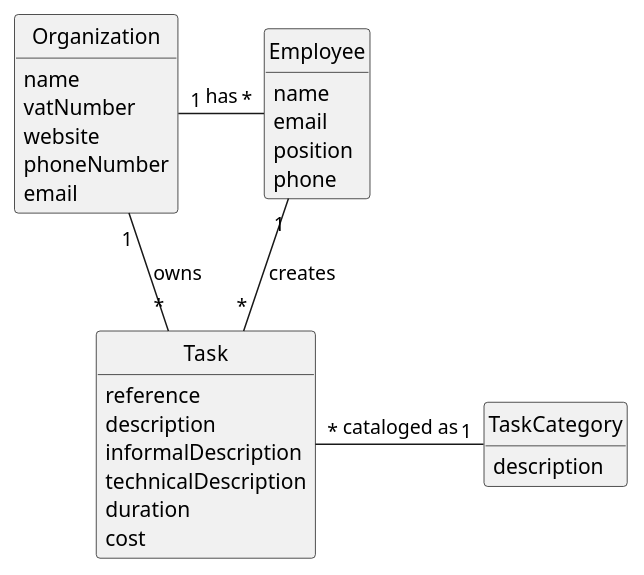
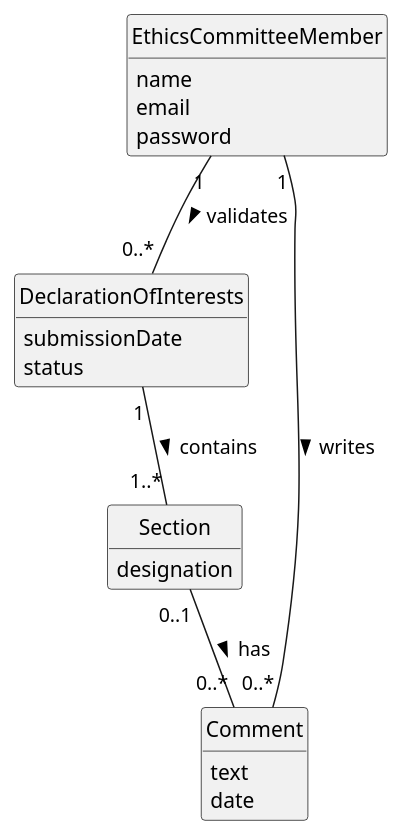
The diagram in docs/system-documentation/US08/02.analysis/puml/US08-DM.puml (Departamento-de-Engenharia-Informatica/sem2-pi-25-26-g096-repo), drawn with PlantUML before and after one commit. The commit also changed 2 other files, not shown here.

Commit message:
US08 (Code) - Refactor domain model to introduce EthicsCommitteeMember and DeclarationOfInterests classes, and update relationships for clarity [#30]

```diff
--- a/docs/system-documentation/US08/02.analysis/puml/US08-DM.puml
+++ b/docs/system-documentation/US08/02.analysis/puml/US08-DM.puml
@@ -1,50 +1,34 @@
 @startuml
 skinparam monochrome true
 skinparam packageStyle rectangle
 skinparam shadowing false
-
-'left to right direction
-
 skinparam classAttributeIconSize 0
-
 hide circle
 hide methods
 
-'title Domain Model
-
-class Organization {
+class EthicsCommitteeMember {
     name
-    vatNumber
-    website
-    phoneNumber
     email
+    password
 }
 
-class Task {
-    reference
-    description
-    informalDescription
-    technicalDescription
-    duration
-    cost
+class DeclarationOfInterests {
+    submissionDate
+    status
 }
 
-class TaskCategory {
-    description
+class Section {
+    designation
 }
 
-class Employee {
-    name
-    email
-    position
-    phone
+class Comment {
+    text
+    date
 }
 
-Organization "1" - "*" Employee : has
-Organization "1" - "*" Task: owns
-
-Employee "1" -- "*" Task : creates
-
-Task "*" - "1" TaskCategory: cataloged as
+EthicsCommitteeMember "1" -- "0..*" DeclarationOfInterests : validates >
+DeclarationOfInterests "1" -- "1..*" Section : contains >
+Section "0..1" -- "0..*" Comment : has >
+EthicsCommitteeMember "1" -- "0..*" Comment : writes >
 
 @enduml
```
